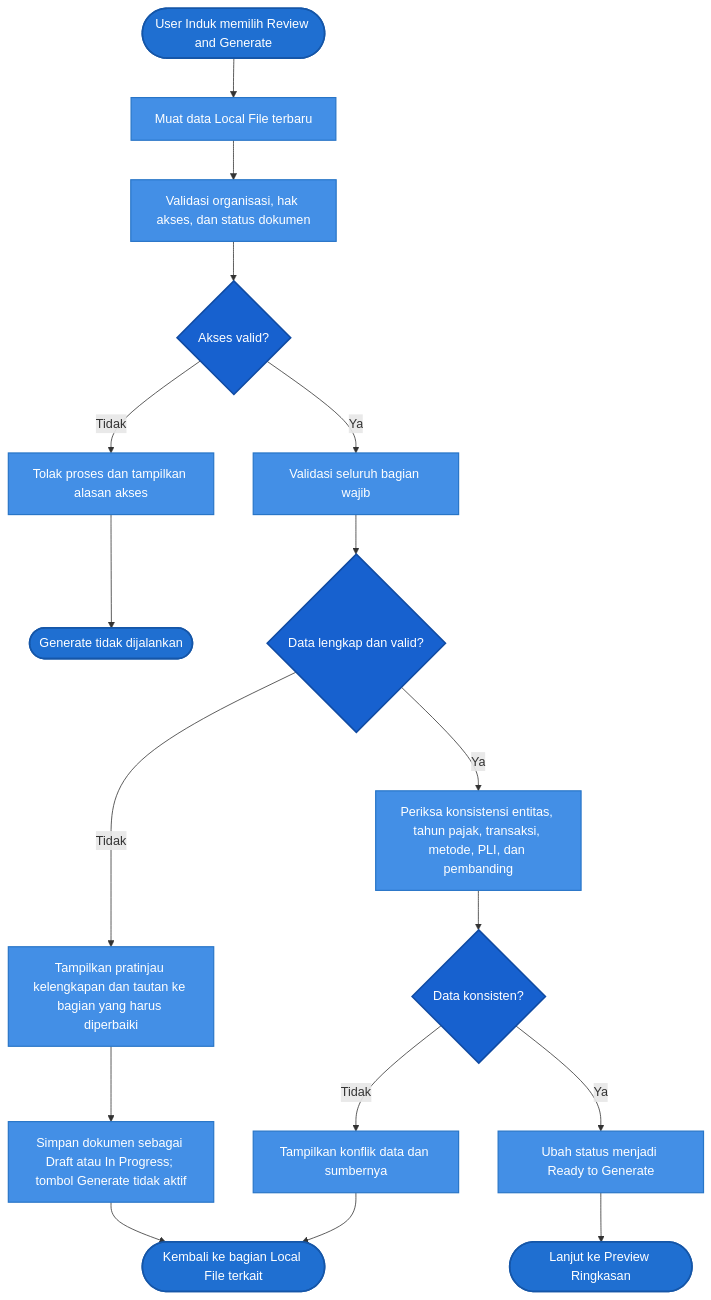
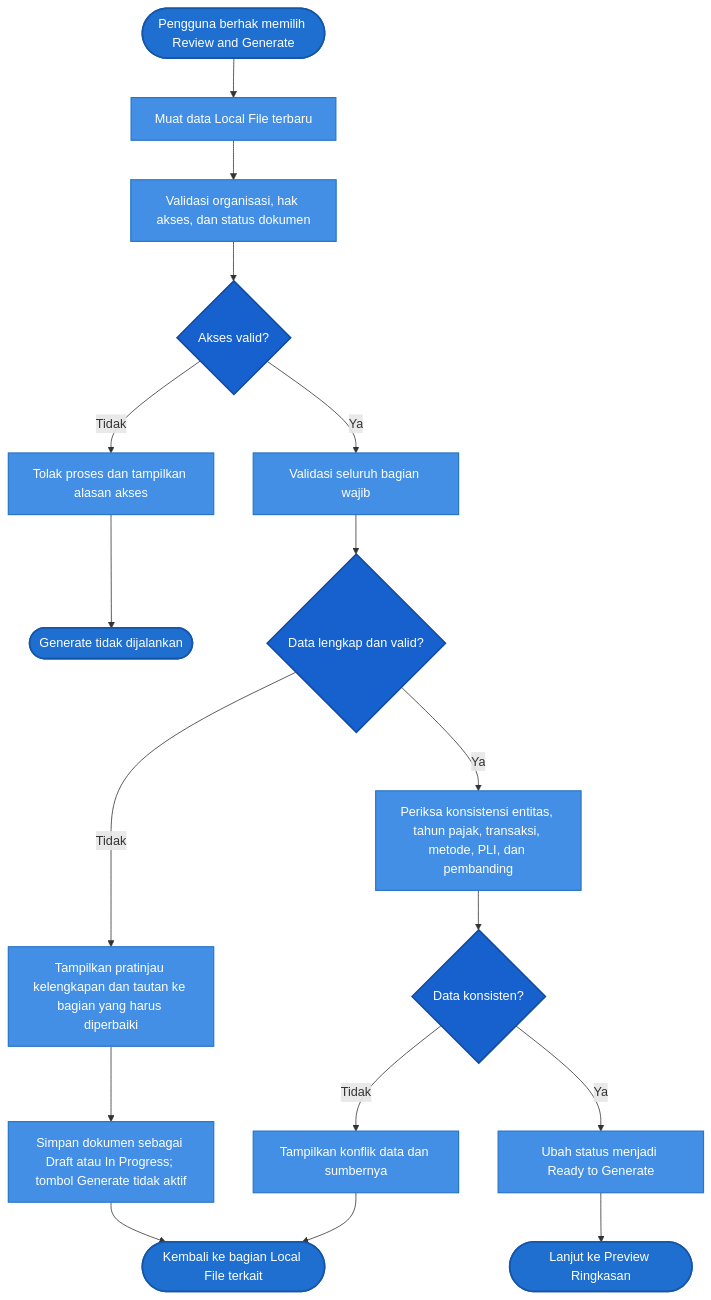
One commit to dayatmuc/tp-docs-documentation changed the first of 4 diagrams in 01-By-System/03-Business-Flow/02-Document-Generation.md. Above: the diagram before and after it, drawn with Mermaid. The commit also changed other lines of this file and 35 other files, not shown here.

````diff
--- a/01-By-System/03-Business-Flow/02-Document-Generation.md
+++ b/01-By-System/03-Business-Flow/02-Document-Generation.md
@@ -38,28 +38,28 @@
 ```mermaid
 flowchart TD
-    DG_START([User Induk memilih Review and Generate]) --> DG_LOAD[Muat data Local File terbaru]
+    DG_START([Pengguna berhak memilih Review and Generate]) --> DG_LOAD[Muat data Local File terbaru]
     DG_LOAD --> DG_ACCESS[Validasi organisasi, hak akses, dan status dokumen]
     DG_ACCESS --> DG_ACCESS_OK{"Akses valid?"}
     DG_ACCESS_OK -- "Tidak" --> DG_DENIED[Tolak proses dan tampilkan alasan akses]
     DG_DENIED --> DG_END_DENIED([Generate tidak dijalankan])
 
     DG_ACCESS_OK -- "Ya" --> DG_VALIDATE[Validasi seluruh bagian wajib]
     DG_VALIDATE --> DG_COMPLETE{"Data lengkap dan valid?"}
     DG_COMPLETE -- "Tidak" --> DG_LIST[Tampilkan pratinjau kelengkapan dan tautan ke bagian yang harus diperbaiki]
     DG_LIST --> DG_SAVE[Simpan dokumen sebagai Draft atau In Progress; tombol Generate tidak aktif]
     DG_SAVE --> DG_RETURN([Kembali ke bagian Local File terkait])
 
     DG_COMPLETE -- "Ya" --> DG_CONSISTENCY[Periksa konsistensi entitas, tahun pajak, transaksi, metode, PLI, dan pembanding]
     DG_CONSISTENCY --> DG_CONSISTENT{"Data konsisten?"}
     DG_CONSISTENT -- "Tidak" --> DG_CONFLICT[Tampilkan konflik data dan sumbernya]
     DG_CONFLICT --> DG_RETURN
     DG_CONSISTENT -- "Ya" --> DG_READY[Ubah status menjadi Ready to Generate]
     DG_READY --> DG_PREVIEW([Lanjut ke Preview Ringkasan])
 
     classDef terminal fill:#1f6fd1,color:#fff,stroke:#1556a8,stroke-width:2px;
     classDef process fill:#438fe6,color:#fff,stroke:#2875c7,stroke-width:1.5px;
     classDef decision fill:#1761cf,color:#fff,stroke:#104ba3,stroke-width:2px;
     class DG_START,DG_END_DENIED,DG_RETURN,DG_PREVIEW terminal;
     class DG_LOAD,DG_ACCESS,DG_DENIED,DG_VALIDATE,DG_LIST,DG_SAVE,DG_CONSISTENCY,DG_CONFLICT,DG_READY process;
     class DG_ACCESS_OK,DG_COMPLETE,DG_CONSISTENT decision;
 ```
````
